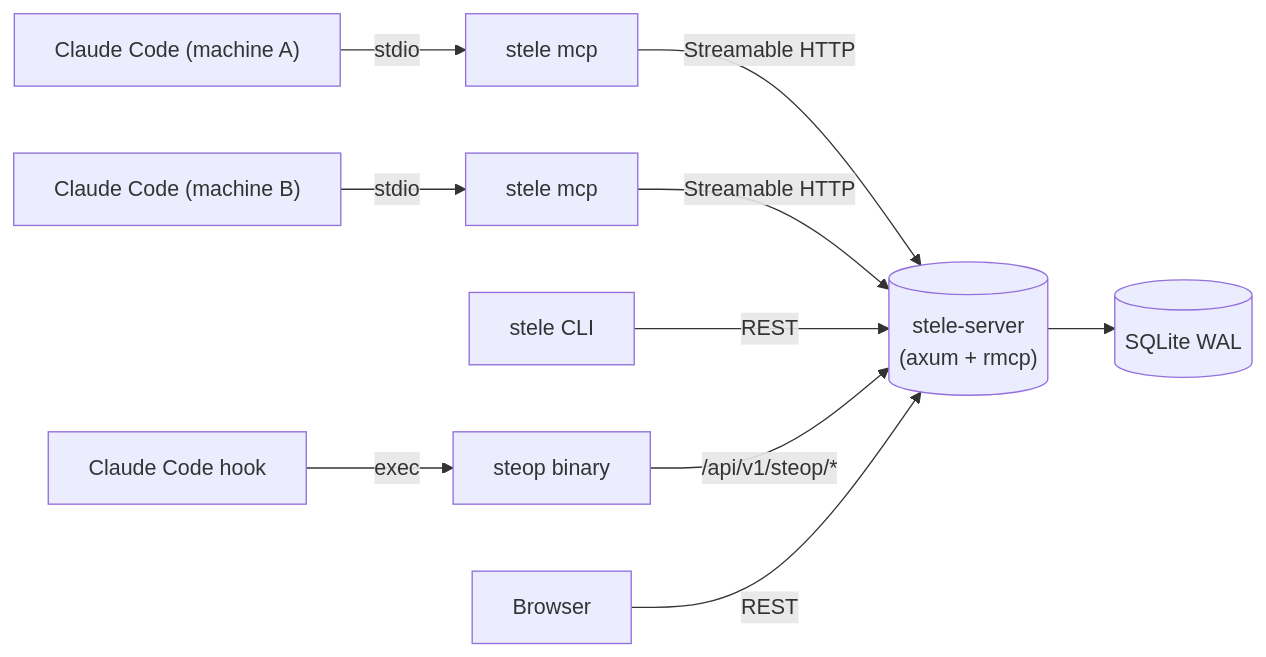
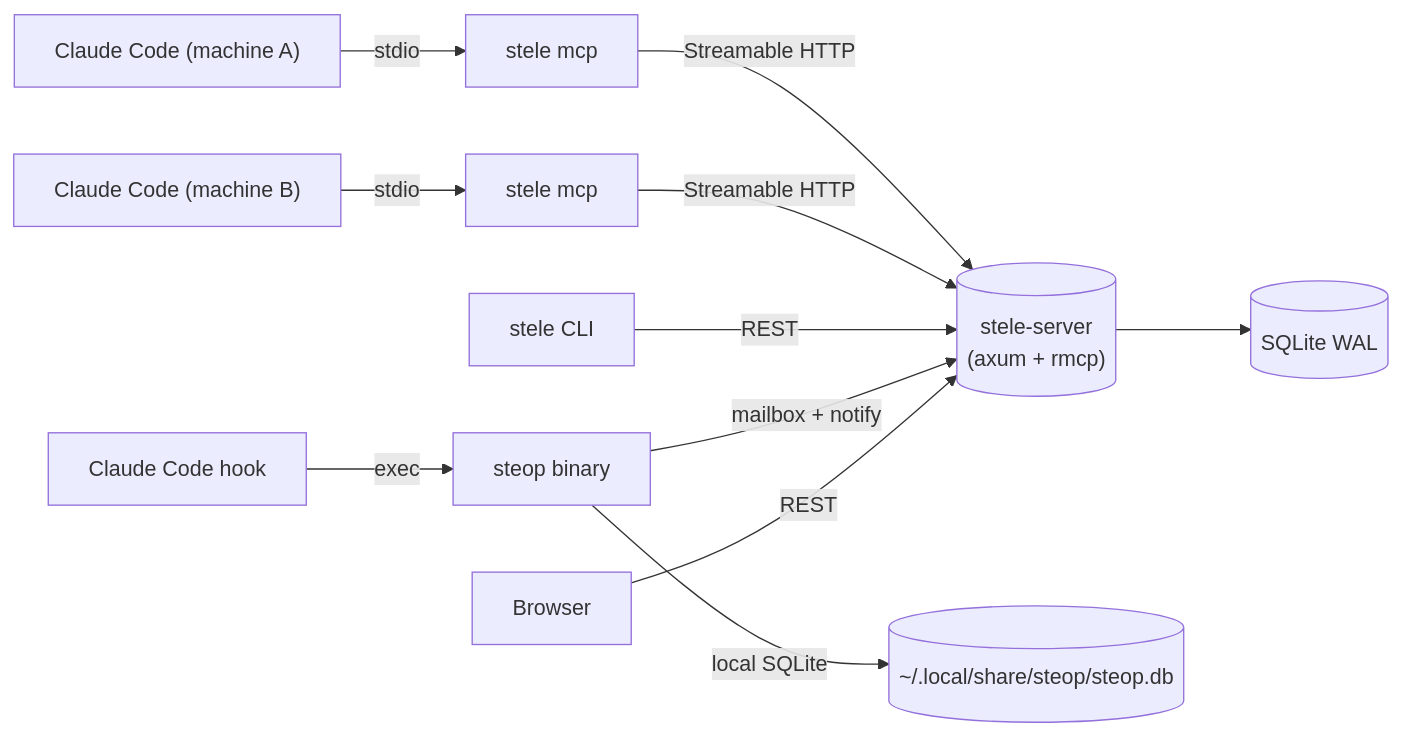
The diagram in docs/architecture.md (tasanakorn/stele), drawn with Mermaid before and after one commit. The commit also changed other lines of this file and 12 other files, not shown here.

````diff
--- a/docs/architecture.md
+++ b/docs/architecture.md
@@ -30,12 +30,13 @@
 ```mermaid
 graph LR
     CC1["Claude Code (machine A)"] -- "stdio" --> Proxy1["stele mcp"]
     CC2["Claude Code (machine B)"] -- "stdio" --> Proxy2["stele mcp"]
     Proxy1 -- "Streamable HTTP" --> Server
     Proxy2 -- "Streamable HTTP" --> Server
     CLI["stele CLI"] -- "REST" --> Server
     Hook["Claude Code hook"] -- "exec" --> Steop["steop binary"]
-    Steop -- "/api/v1/steop/*" --> Server
+    Steop -- "local SQLite" --> SteopDB[("~/.local/share/steop/steop.db")]
+    Steop -- "mailbox + notify" --> Server
     Browser -- "REST" --> Server
     Server[("stele-server\n(axum + rmcp)")] --> SQLite[("SQLite WAL")]
 ```
````
